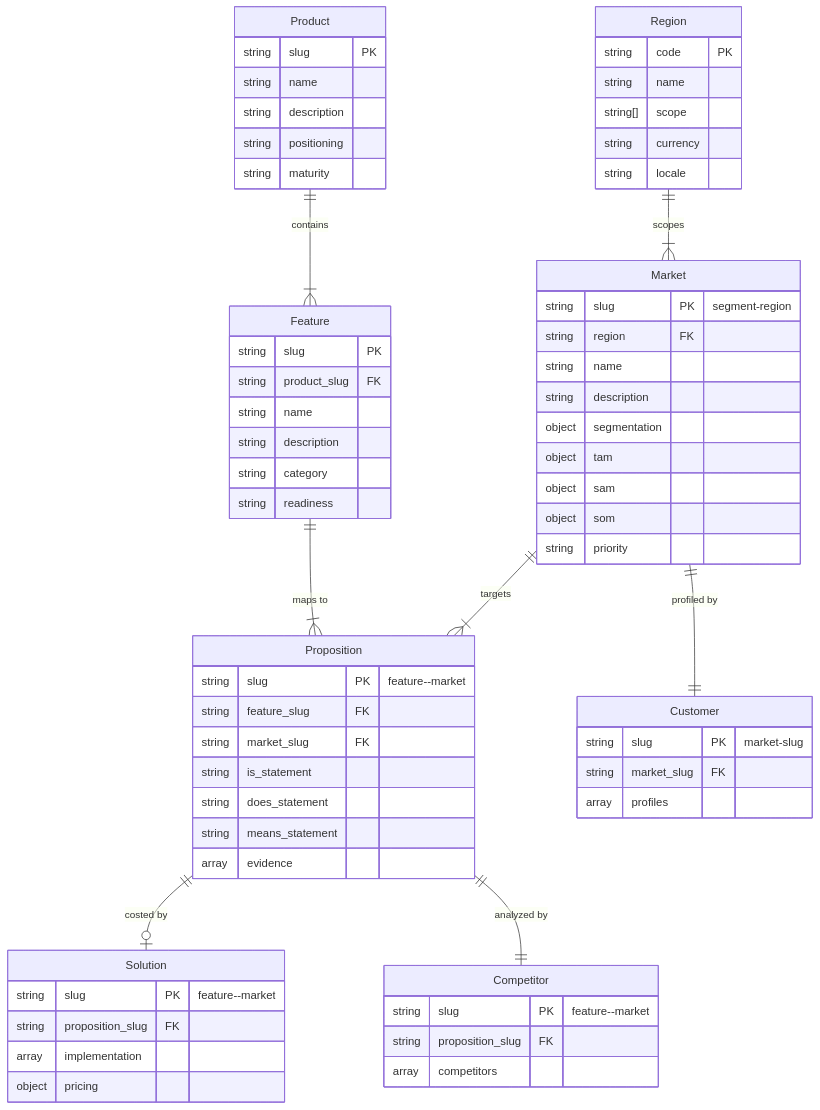
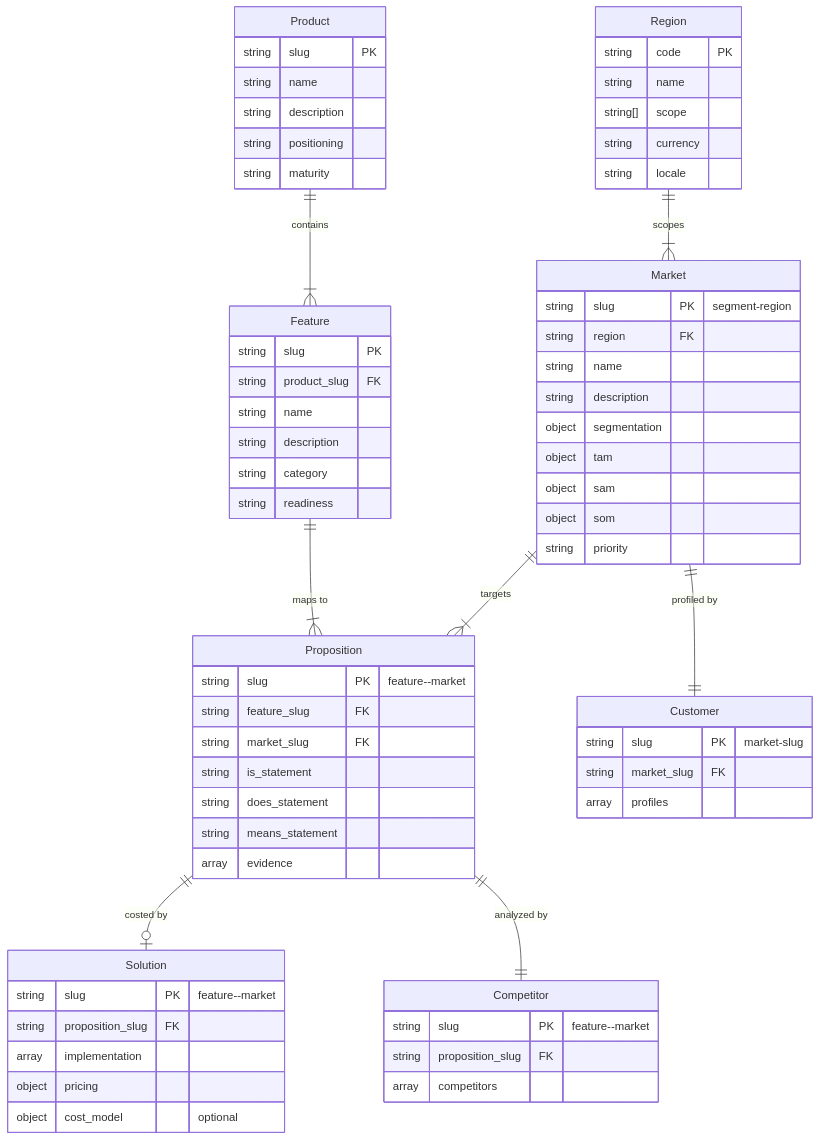
Before and after one commit to cogni-work/cogni-portfolio: the diagram in skills/setup/references/data-model.md, drawn with Mermaid. The commit also changed other lines of this file and 5 other files, not shown here.

First line of the commit message:
feat: add cost_model with effort breakdown, BOM, and assumptions to solutions (v0.6.0)

````diff
--- a/skills/setup/references/data-model.md
+++ b/skills/setup/references/data-model.md
@@ -302,69 +401,70 @@
 ```mermaid
 erDiagram
     Product ||--|{ Feature : contains
     Feature ||--|{ Proposition : "maps to"
     Market ||--|{ Proposition : "targets"
     Region ||--|{ Market : "scopes"
     Proposition ||--o| Solution : "costed by"
     Proposition ||--|| Competitor : "analyzed by"
     Market ||--|| Customer : "profiled by"
 
     Product {
         string slug PK
         string name
         string description
         string positioning
         string maturity
     }
     Feature {
         string slug PK
         string product_slug FK
         string name
         string description
         string category
         string readiness
     }
     Region {
         string code PK
         string name
         string[] scope
         string currency
         string locale
     }
     Market {
         string slug PK "segment-region"
         string region FK
         string name
         string description
         object segmentation
         object tam
         object sam
         object som
         string priority
     }
     Proposition {
         string slug PK "feature--market"
         string feature_slug FK
         string market_slug FK
         string is_statement
         string does_statement
         string means_statement
         array evidence
     }
     Solution {
         string slug PK "feature--market"
         string proposition_slug FK
         array implementation
         object pricing
+        object cost_model "optional"
     }
     Competitor {
         string slug PK "feature--market"
         string proposition_slug FK
         array competitors
     }
     Customer {
         string slug PK "market-slug"
         string market_slug FK
         array profiles
     }
 ```
````
